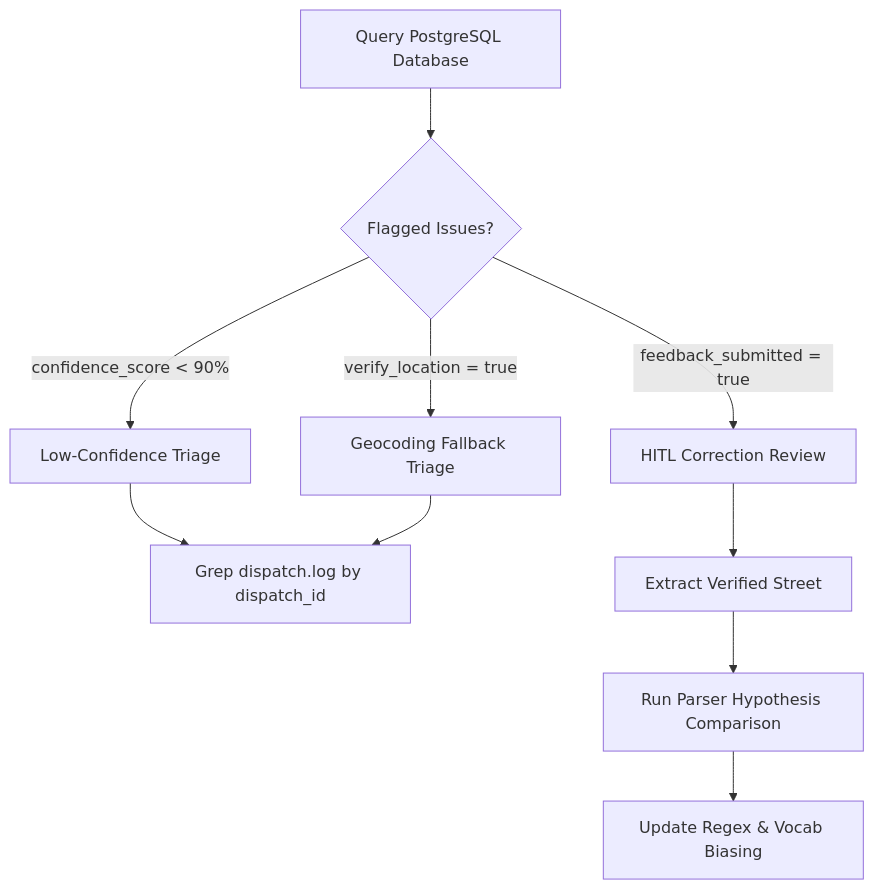
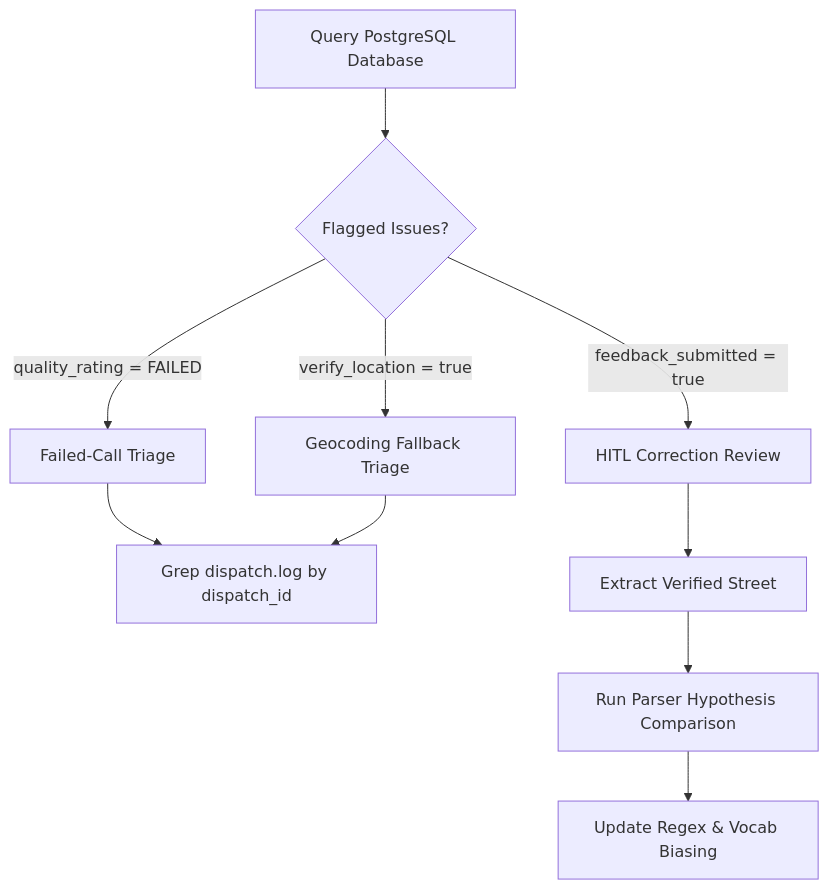
One commit to cwoodworth89/CFR-EVO-APP changed the diagram in .claude/skills/hitl-log-analysis/SKILL.md. Above: the diagram before and after it, drawn with Mermaid. The commit also changed other lines of this file and 5 other files, not shown here.

````diff
--- a/.claude/skills/hitl-log-analysis/SKILL.md
+++ b/.claude/skills/hitl-log-analysis/SKILL.md
@@ -14,13 +32,13 @@
 ```mermaid
 flowchart TD
     A[Query PostgreSQL Database] --> B{Flagged Issues?}
-    B -->|confidence_score < 90%| C[Low-Confidence Triage]
+    B -->|quality_rating = FAILED| C[Failed-Call Triage]
     B -->|verify_location = true| D[Geocoding Fallback Triage]
     B -->|feedback_submitted = true| E[HITL Correction Review]
-    
+
     C --> F[Grep dispatch.log by dispatch_id]
     D --> F
     E --> G[Extract Verified Street]
     G --> H[Run Parser Hypothesis Comparison]
     H --> I[Update Regex & Vocab Biasing]
 ```
````
